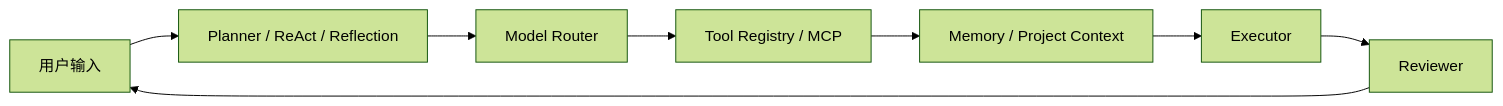
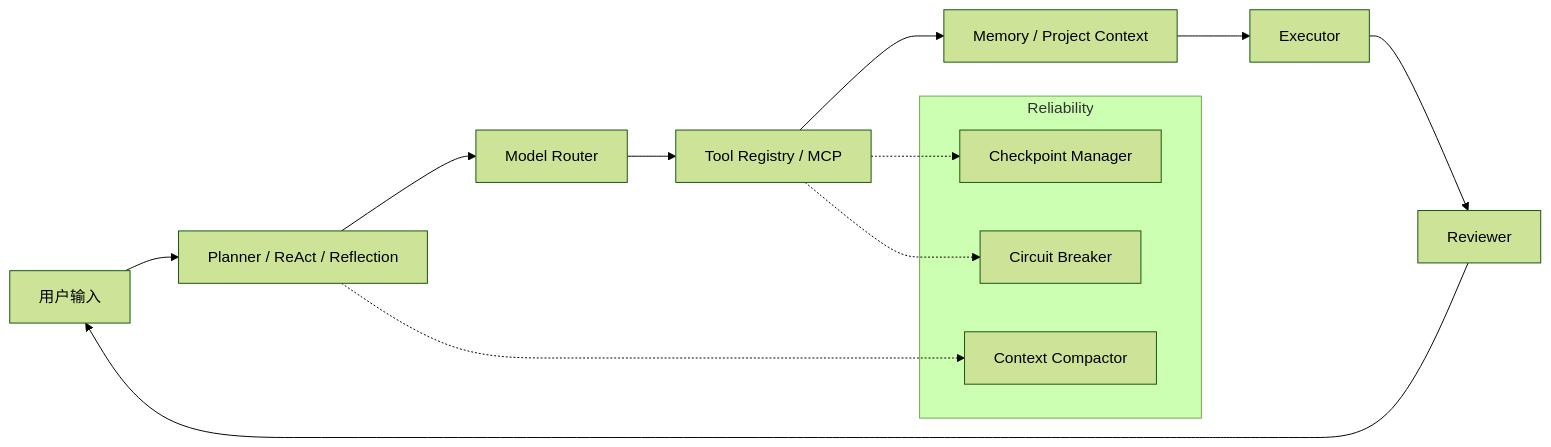
The diagram in README.md (xianyu-sheng/Xenon), drawn with Mermaid (forest theme) before and after one commit. The commit also changed other lines of this file, not shown here.

````diff
--- a/README.md
+++ b/README.md
@@ -46,10 +54,20 @@
 ```mermaid
 flowchart LR
     User["用户输入"] --> Planner["Planner / ReAct / Reflection"]
     Planner --> Router["Model Router"]
     Router --> Tools["Tool Registry / MCP"]
     Tools --> Memory["Memory / Project Context"]
     Memory --> Executor["Executor"]
     Executor --> Reviewer["Reviewer"]
     Reviewer --> User
+
+    subgraph Reliability
+        Checkpoint["Checkpoint Manager"]
+        Breaker["Circuit Breaker"]
+        Compactor["Context Compactor"]
+    end
+
+    Tools -.-> Checkpoint
+    Tools -.-> Breaker
+    Planner -.-> Compactor
 ```
````
